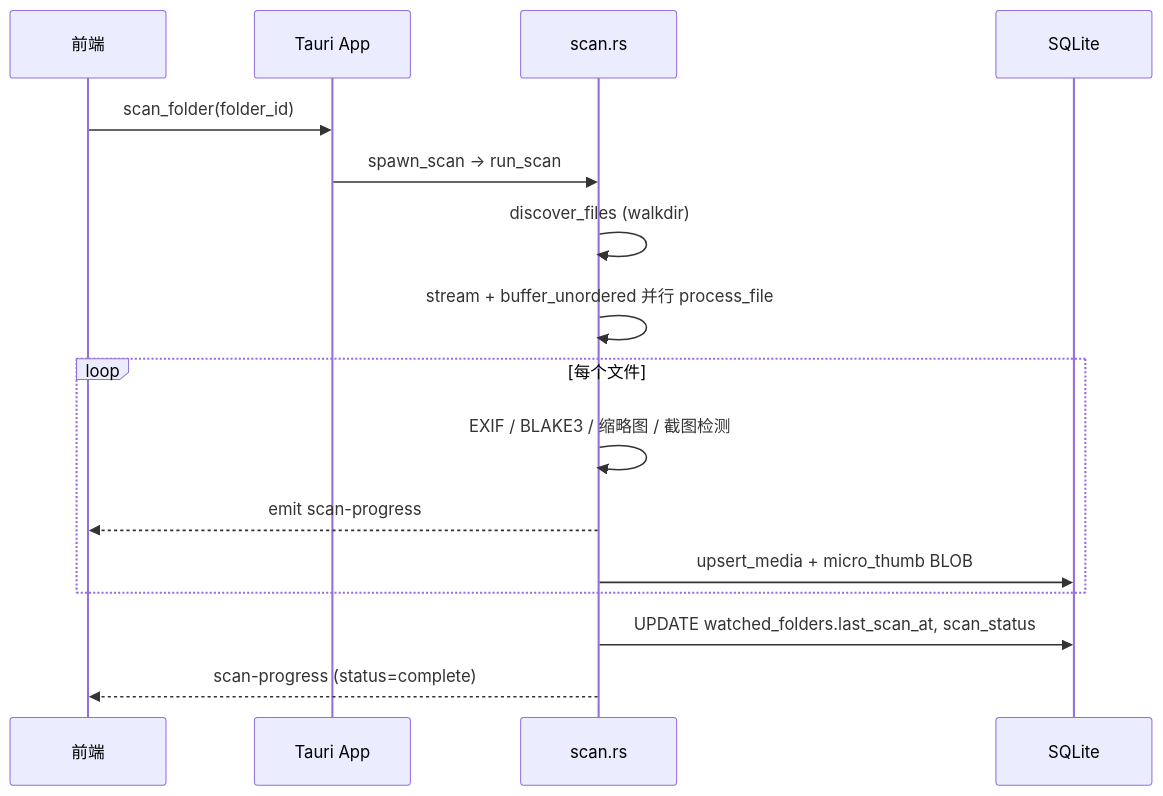
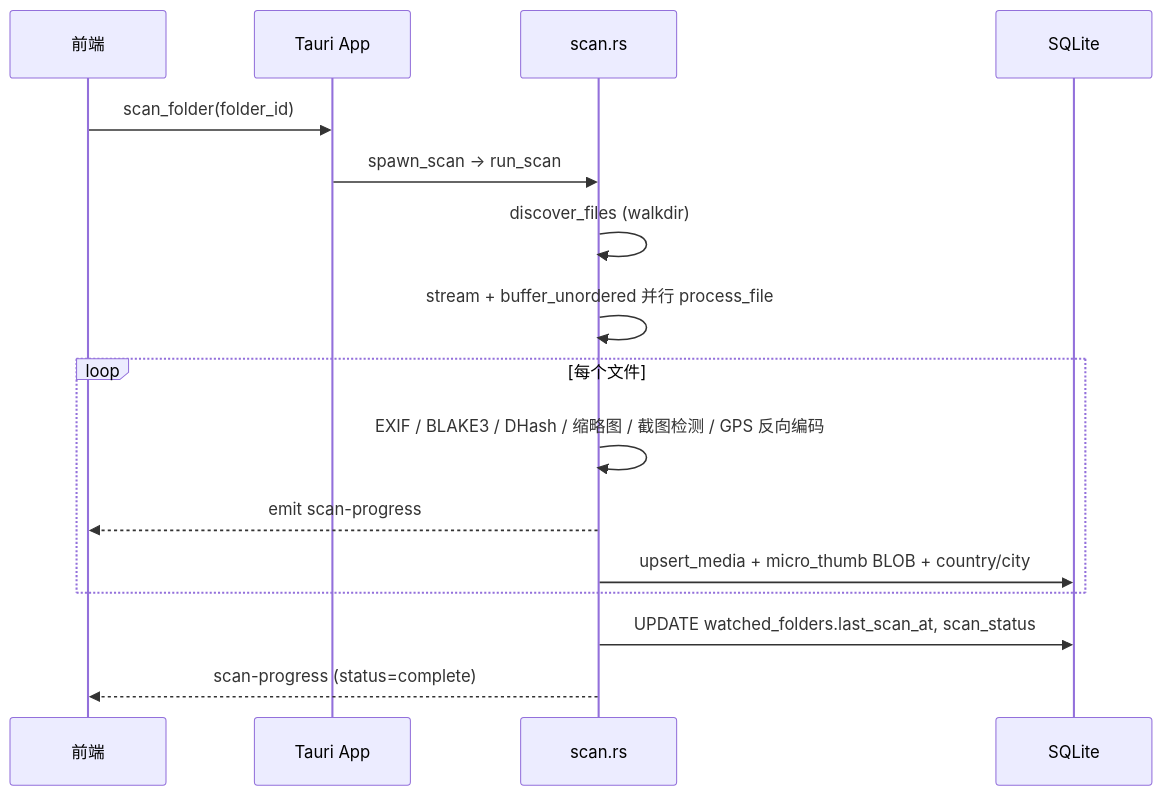
The fifth of 11 diagrams in docs/4-detailed-design.md (halft0n/LightFrame), drawn with Mermaid before and after one commit. The commit also changed other lines of this file and 32 other files, not shown here.

````diff
--- a/docs/4-detailed-design.md
+++ b/docs/4-detailed-design.md
@@ -561,19 +563,19 @@
 ```mermaid
 sequenceDiagram
     participant UI as 前端
     participant App as Tauri App
     participant Scan as scan.rs
     participant DB as SQLite
 
     UI->>App: scan_folder(folder_id)
     App->>Scan: spawn_scan → run_scan
     Scan->>Scan: discover_files (walkdir)
     Scan->>Scan: stream + buffer_unordered 并行 process_file
     loop 每个文件
-        Scan->>Scan: EXIF / BLAKE3 / 缩略图 / 截图检测
+        Scan->>Scan: EXIF / BLAKE3 / DHash / 缩略图 / 截图检测 / GPS 反向编码
         Scan-->>UI: emit scan-progress
-        Scan->>DB: upsert_media + micro_thumb BLOB
+        Scan->>DB: upsert_media + micro_thumb BLOB + country/city
     end
     Scan->>DB: UPDATE watched_folders.last_scan_at, scan_status
     Scan-->>UI: scan-progress (status=complete)
 ```
````
